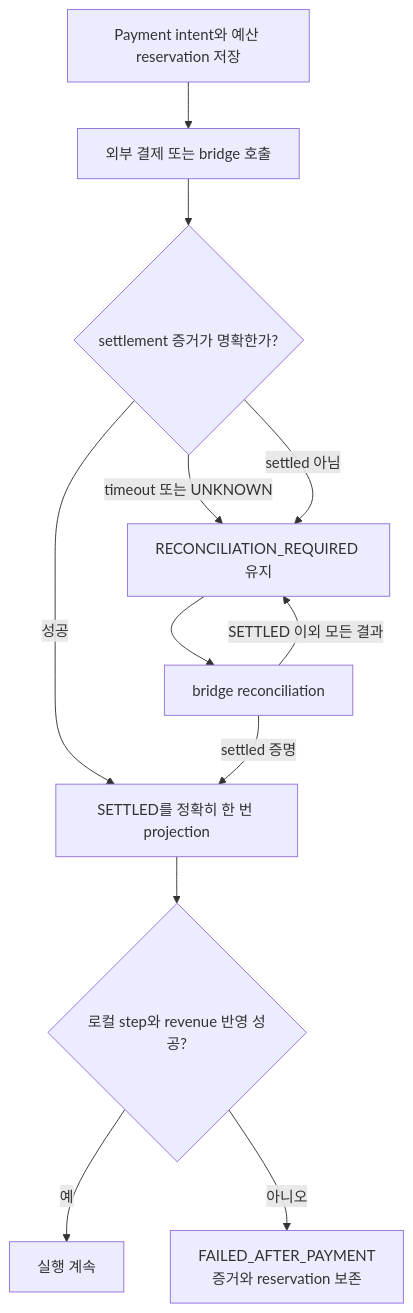
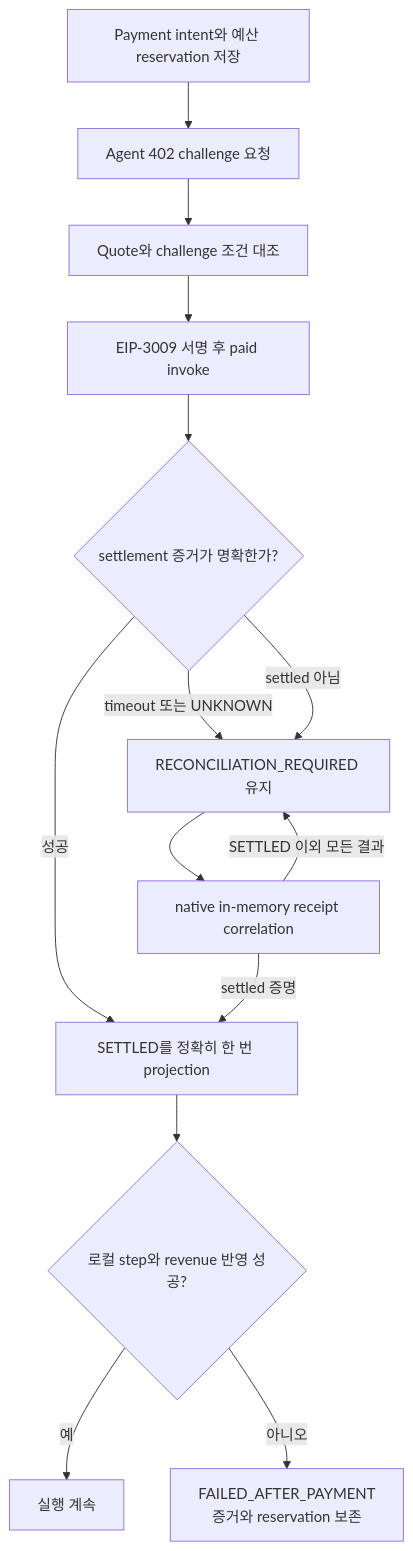
One commit to rdme0/agent-store-be changed the sixth of 6 diagrams in README.md. Above: the diagram before and after it, drawn with Mermaid. The commit also changed other lines of this file and 34 other files, not shown here.

````diff
--- a/README.md
+++ b/README.md
@@ -171,14 +184,16 @@
 ```mermaid
 flowchart TD
-    Reserve["Payment intent와 예산 reservation 저장"] --> Call["외부 결제 또는 bridge 호출"]
-    Call --> Known{"settlement 증거가 명확한가?"}
+    Reserve["Payment intent와 예산 reservation 저장"] --> Call["Agent 402 challenge 요청"]
+    Call --> Validate["Quote와 challenge 조건 대조"]
+    Validate --> Sign["EIP-3009 서명 후 paid invoke"]
+    Sign --> Known{"settlement 증거가 명확한가?"}
     Known -->|성공| Settle["SETTLED를 정확히 한 번 projection"]
     Known -->|timeout 또는 UNKNOWN| Reconcile["RECONCILIATION_REQUIRED 유지"]
     Known -->|settled 아님| Reconcile
-    Reconcile --> Check["bridge reconciliation"]
+    Reconcile --> Check["native in-memory receipt correlation"]
     Check -->|settled 증명| Settle
     Check -->|SETTLED 이외 모든 결과| Reconcile
     Settle --> Local{"로컬 step와 revenue 반영 성공?"}
     Local -->|예| Continue["실행 계속"]
     Local -->|아니오| AfterPay["FAILED_AFTER_PAYMENT\n증거와 reservation 보존"]
 ```
````
